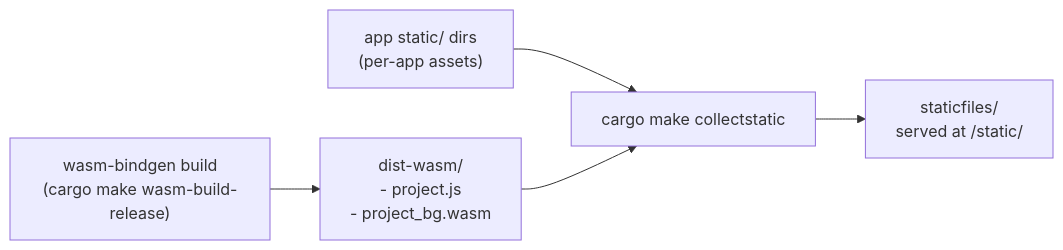
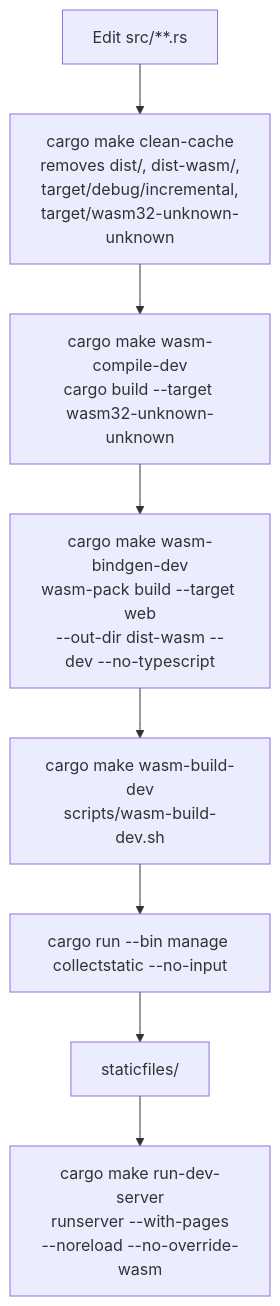
The diagram in website/content/quickstart/tutorials/basis/6-static-files.md (kent8192/reinhardt-web), drawn with Mermaid before and after one commit. The commit also changed other lines of this file, not shown here.

First line of the commit message:
docs(basis): sync part 6 (static files) with dist-wasm pipeline

````diff
--- a/website/content/quickstart/tutorials/basis/6-static-files.md
+++ b/website/content/quickstart/tutorials/basis/6-static-files.md
@@ -28,7 +60,10 @@
 ```mermaid
-flowchart LR
-    A["wasm-bindgen build<br/>(cargo make wasm-build-release)"] --> B["dist-wasm/<br/>- project.js<br/>- project_bg.wasm"]
-    C["app static/ dirs<br/>(per-app assets)"] --> D
-    B --> D["cargo make collectstatic"]
-    D --> E["staticfiles/<br/>served at /static/"]
+flowchart TD
+    A["Edit src/**.rs"] --> B["cargo make clean-cache<br/>removes dist/, dist-wasm/,<br/>target/debug/incremental,<br/>target/wasm32-unknown-unknown"]
+    B --> C["cargo make wasm-compile-dev<br/>cargo build --target wasm32-unknown-unknown"]
+    C --> D["cargo make wasm-bindgen-dev<br/>wasm-pack build --target web<br/>--out-dir dist-wasm --dev --no-typescript"]
+    D --> E["cargo make wasm-build-dev<br/>scripts/wasm-build-dev.sh"]
+    E --> F["cargo run --bin manage collectstatic --no-input"]
+    F --> G["staticfiles/"]
+    G --> H["cargo make run-dev-server<br/>runserver --with-pages<br/>--noreload --no-override-wasm"]
 ```
````
